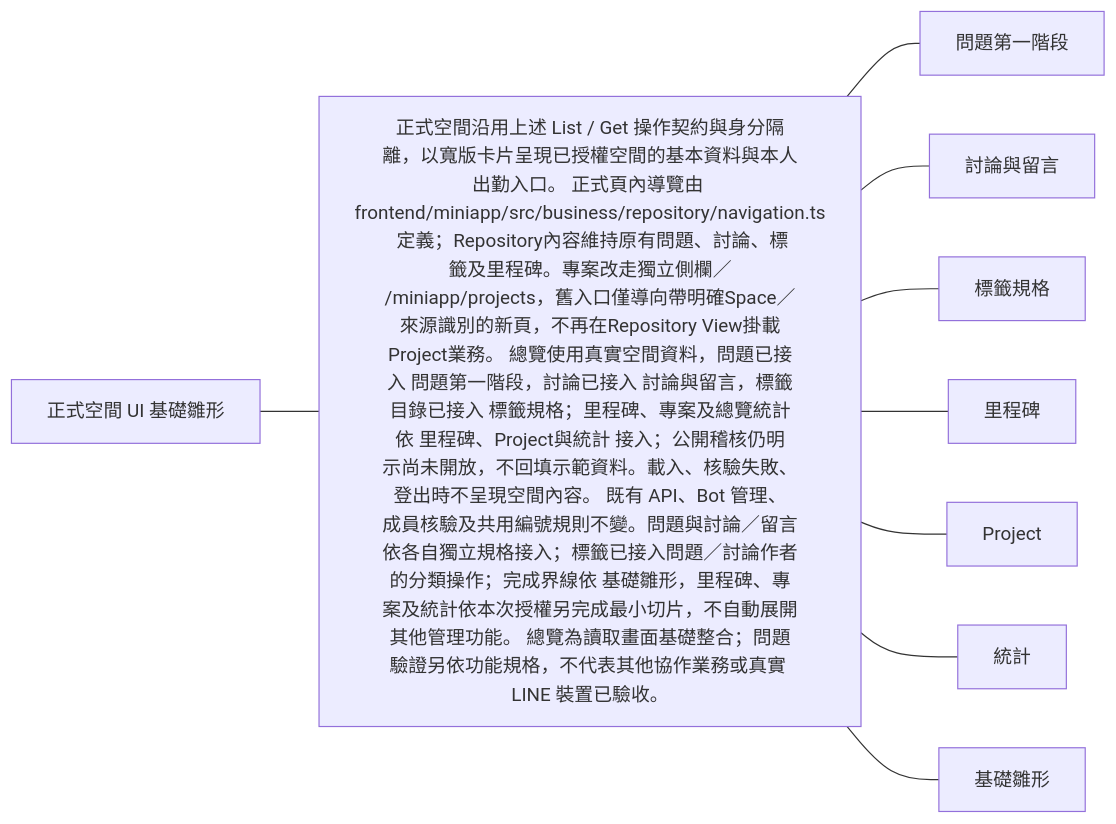
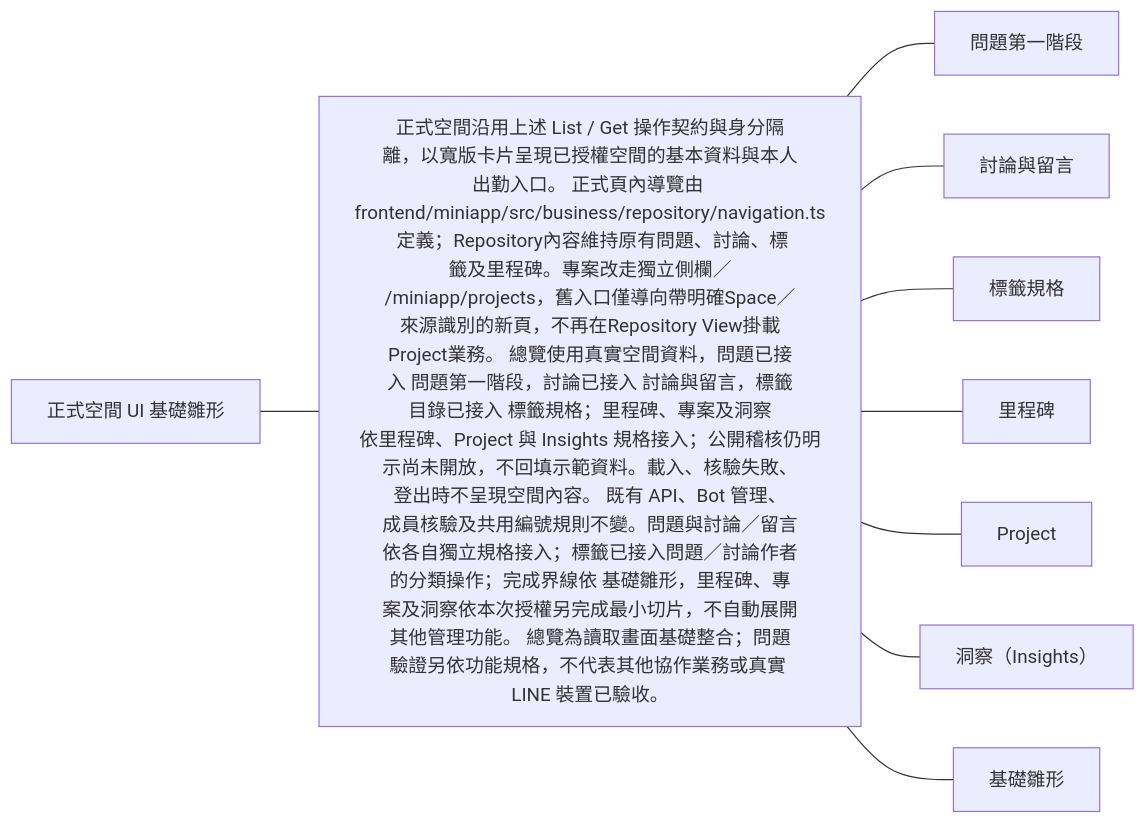
One commit to 963sup/line-mini-app-bot changed the eighth of 11 diagrams in docs/domains/repository/README.md. Above: the diagram before and after it, drawn with Mermaid. The commit also changed other lines of this file and 17 other files, not shown here.

Commit message:
feat(repository): present statistics in Insights (#12)

````diff
--- a/docs/domains/repository/README.md
+++ b/docs/domains/repository/README.md
@@ -100,19 +102,19 @@
 ```mermaid
 flowchart LR
   h["正式空間 UI 基礎雛形"]
-  h --- n0["正式空間沿用上述 List / Get 操作契約與身分隔<br/>離，以寬版卡片呈現已授權空間的基本資料與本人<br/>出勤入口。 正式頁內導覽由 <br/>frontend/miniapp/src/business/repository/navigation.ts<br/> 定義；Repository內容維持原有問題、討論、標<br/>籤及里程碑。專案改走獨立側欄／<br/>/miniapp/projects，舊入口僅導向帶明確Space／<br/>來源識別的新頁，不再在Repository View掛載<br/>Project業務。 總覽使用真實空間資料，問題已接<br/>入 問題第一階段，討論已接入 討論與留言，標籤<br/>目錄已接入 標籤規格；里程碑、專案及總覽統計<br/>依 里程碑、Project與統計 接入；公開稽核仍明<br/>示尚未開放，不回填示範資料。載入、核驗失敗、<br/>登出時不呈現空間內容。 既有 API、Bot 管理、<br/>成員核驗及共用編號規則不變。問題與討論／留言<br/>依各自獨立規格接入；標籤已接入問題／討論作者<br/>的分類操作；完成界線依 基礎雛形，里程碑、專<br/>案及統計依本次授權另完成最小切片，不自動展開<br/>其他管理功能。 總覽為讀取畫面基礎整合；問題<br/>驗證另依功能規格，不代表其他協作業務或真實 <br/>LINE 裝置已驗收。"]
+  h --- n0["正式空間沿用上述 List / Get 操作契約與身分隔<br/>離，以寬版卡片呈現已授權空間的基本資料與本人<br/>出勤入口。 正式頁內導覽由 <br/>frontend/miniapp/src/business/repository/navigation.ts<br/> 定義；Repository內容維持原有問題、討論、標<br/>籤及里程碑。專案改走獨立側欄／<br/>/miniapp/projects，舊入口僅導向帶明確Space／<br/>來源識別的新頁，不再在Repository View掛載<br/>Project業務。 總覽使用真實空間資料，問題已接<br/>入 問題第一階段，討論已接入 討論與留言，標籤<br/>目錄已接入 標籤規格；里程碑、專案及洞察<br/>依里程碑、Project 與 Insights 規格接入；公開稽核仍明<br/>示尚未開放，不回填示範資料。載入、核驗失敗、<br/>登出時不呈現空間內容。 既有 API、Bot 管理、<br/>成員核驗及共用編號規則不變。問題與討論／留言<br/>依各自獨立規格接入；標籤已接入問題／討論作者<br/>的分類操作；完成界線依 基礎雛形，里程碑、專<br/>案及洞察依本次授權另完成最小切片，不自動展開<br/>其他管理功能。 總覽為讀取畫面基礎整合；問題<br/>驗證另依功能規格，不代表其他協作業務或真實 <br/>LINE 裝置已驗收。"]
   n0 --- n0l0["問題第一階段"]
   click n0l0 "issues.md"
   n0 --- n0l1["討論與留言"]
   click n0l1 "discussions.md"
   n0 --- n0l2["標籤規格"]
   click n0l2 "labels.md"
   n0 --- n0l3["里程碑"]
   click n0l3 "milestones.md"
   n0 --- n0l4["Project"]
   click n0l4 "../project.md"
-  n0 --- n0l5["統計"]
-  click n0l5 "statistics.md"
+  n0 --- n0l5["洞察（Insights）"]
+  click n0l5 "insights.md"
   n0 --- n0l6["基礎雛形"]
   click n0l6 "acceptance.md"
 ```
````
